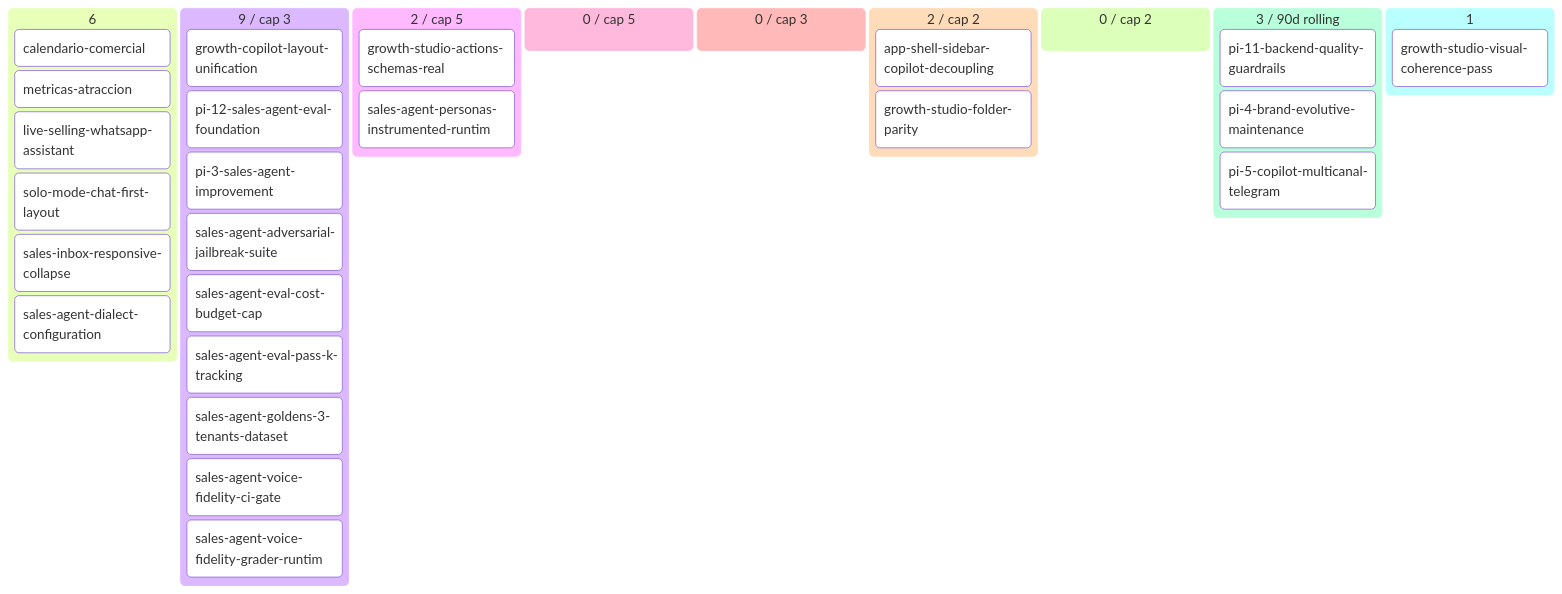
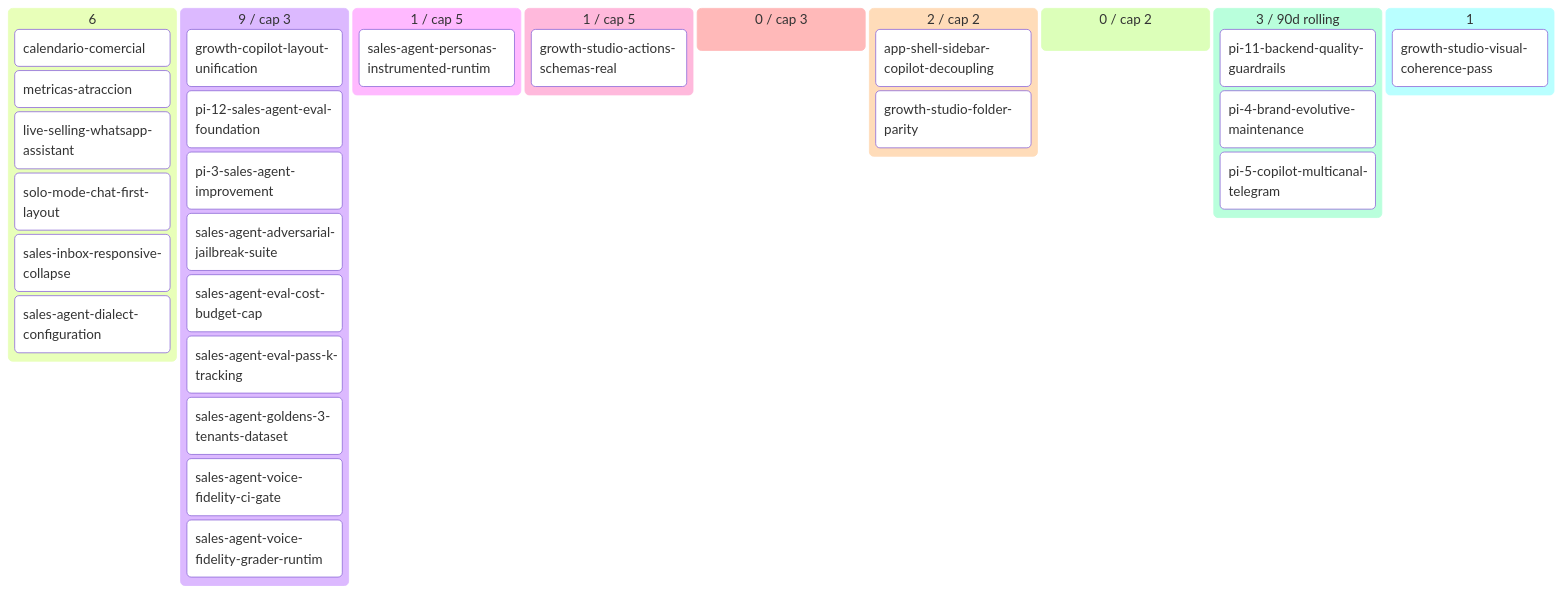
Before and after one commit to alpacapurpura/ap_sales_agent: the diagram in docs/product/BACKLOG.md, drawn with Mermaid. The commit also changed other lines of this file and 6 other files, not shown here.

First line of the commit message:
chore(architect): close ready package growth-studio-actions-schemas-real (Story 2B)

````diff
--- a/docs/product/BACKLOG.md
+++ b/docs/product/BACKLOG.md
@@ -59,35 +58,35 @@
 ```mermaid
 kanban
   💡 Ideas (6)
     calendario-comercial[calendario-comercial]
     metricas-atraccion[metricas-atraccion]
     live-selling-whatsapp-assistan[live-selling-whatsapp-assistant]
     solo-mode-chat-first-layout[solo-mode-chat-first-layout]
     sales-inbox-responsive-collaps[sales-inbox-responsive-collapse]
     sales-agent-dialect-configurat[sales-agent-dialect-configuration]
   🔬 Refining (9 / cap 3)
     growth-copilot-layout-unificat[growth-copilot-layout-unification]
     pi-12-sales-agent-eval-foundat[pi-12-sales-agent-eval-foundation]
     pi-3-sales-agent-improvement[pi-3-sales-agent-improvement]
     sales-agent-adversarial-jailbr[sales-agent-adversarial-jailbreak-suite]
     sales-agent-eval-cost-budget-c[sales-agent-eval-cost-budget-cap]
     sales-agent-eval-pass-k-tracki[sales-agent-eval-pass-k-tracking]
     sales-agent-goldens-3-tenants-[sales-agent-goldens-3-tenants-dataset]
     sales-agent-voice-fidelity-ci-[sales-agent-voice-fidelity-ci-gate]
     sales-agent-voice-fidelity-gra[sales-agent-voice-fidelity-grader-runtim]
-  ✅ Refined (2 / cap 5)
+  ✅ Refined (1 / cap 5)
+    sales-agent-personas-instrumen[sales-agent-personas-instrumented-runtim]
+  📦 Ready (1 / cap 5)
     growth-studio-actions-schemas-[growth-studio-actions-schemas-real]
-    sales-agent-personas-instrumen[sales-agent-personas-instrumented-runtim]
-  📦 Ready (0 / cap 5)
   🔨 Developing (0 / cap 3)
   🧪 Developed (2 / cap 2)
     app-shell-sidebar-copilot-deco[app-shell-sidebar-copilot-decoupling]
     growth-studio-folder-parity[growth-studio-folder-parity]
   🔍 Reviewing (0 / cap 2)
   ✅ Done (3 / 90d rolling)
     pi-11-backend-quality-guardrai[pi-11-backend-quality-guardrails]
     pi-4-brand-evolutive-maintenan[pi-4-brand-evolutive-maintenance]
     pi-5-copilot-multicanal-telegr[pi-5-copilot-multicanal-telegram]
   🅿 Parked (1)
     growth-studio-visual-coherence[growth-studio-visual-coherence-pass]
 ```
````
